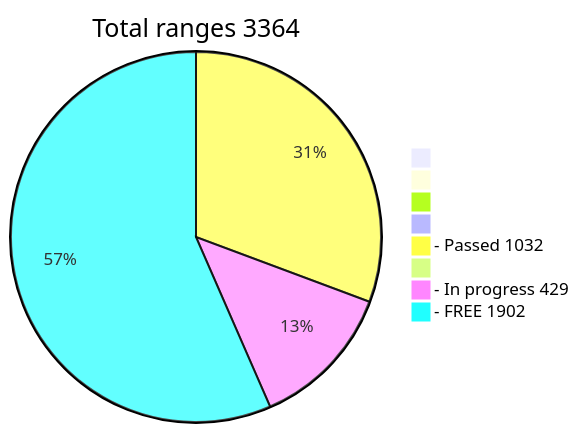
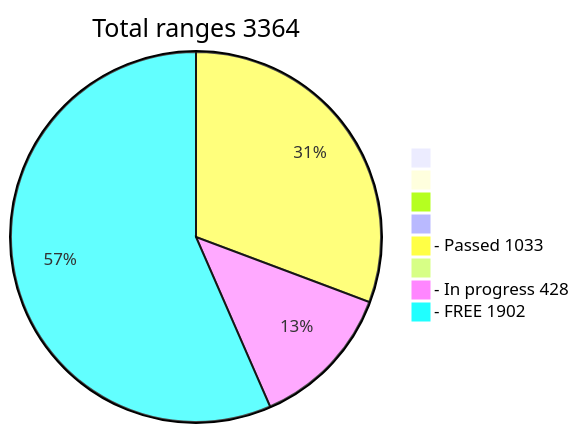
The diagram in README.md (phrutis/wif500), drawn with Mermaid before and after one commit.

````diff
--- a/README.md
+++ b/README.md
@@ -16,12 +16,12 @@
 ```mermaid
 pie title Total ranges 3364
              " " : 0
             "  " : 0
            "   " : 0
           "    " : 0
-  "- Passed 1032" : 1032
+  "- Passed 1033" : 1033
          "     " : 0
-  "- In progress 429" : 429
+  "- In progress 428" : 428
    "- FREE 1902" : 1902
    
 ```
````
